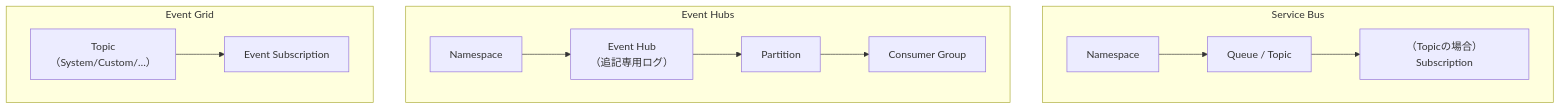
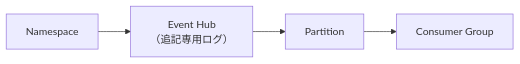
Before and after one commit to yoyoma-ru/Azure: the second of 10 diagrams in messaging/notes/week2.md, drawn with Mermaid. The commit also changed other lines of this file, not shown here.

Commit message:
Week2 §1 の横断対応表を3図に分割：横並びで潰れていたのをサービスごとに縦並べで可読化

````diff
--- a/messaging/notes/week2.md
+++ b/messaging/notes/week2.md
@@ -25,12 +34,4 @@
 ```mermaid
-flowchart TD
-    subgraph SB["Service Bus"]
-        SBN["Namespace"] --> SBQ["Queue / Topic"] --> SBS["（Topicの場合）Subscription"]
-    end
-    subgraph EH["Event Hubs"]
-        EHN["Namespace"] --> EHH["Event Hub<br/>（追記専用ログ）"] --> EHP["Partition"] --> EHC["Consumer Group"]
-    end
-    subgraph EG["Event Grid"]
-        EGT["Topic<br/>（System/Custom/…）"] --> EGS["Event Subscription"]
-    end
+flowchart LR
+    EHN["Namespace"] --> EHH["Event Hub<br/>（追記専用ログ）"] --> EHP["Partition"] --> EHC["Consumer Group"]
 ```
````
